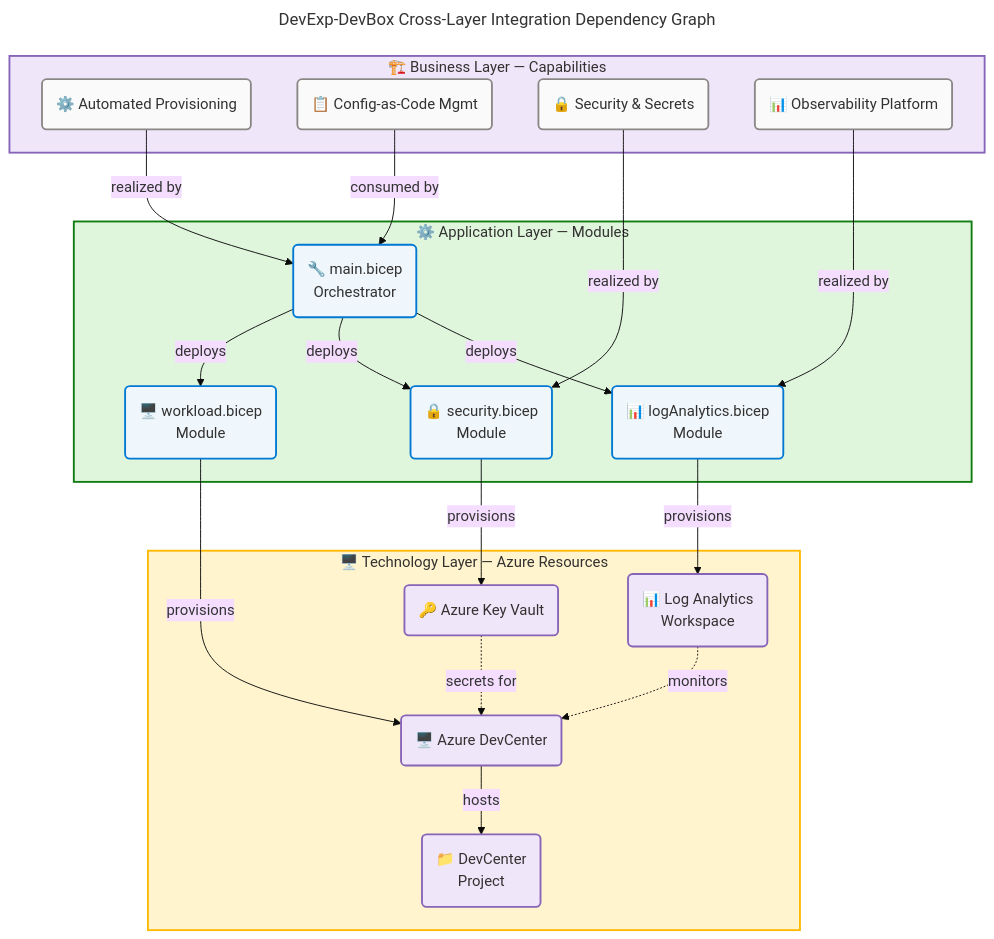
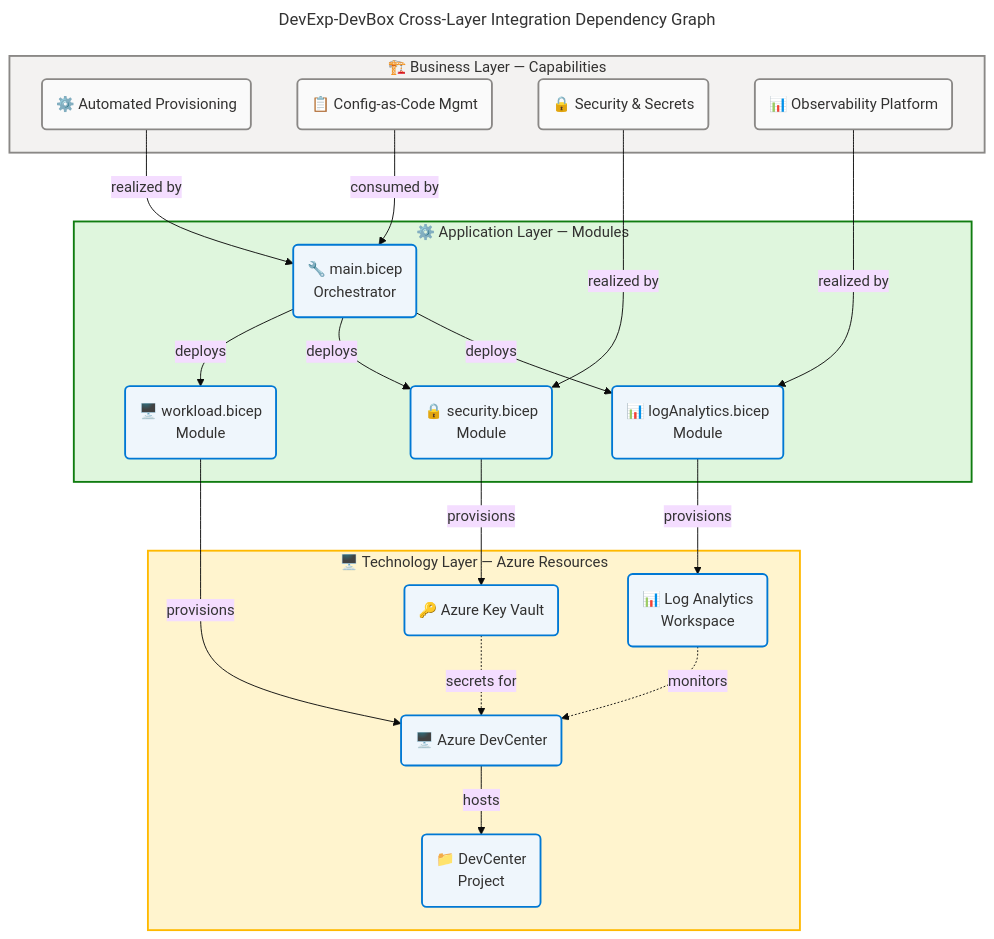
One commit to Evilazaro/DevExp-DevBox changed the seventh of 7 diagrams in docs/architecture/business-architecture.md. Above: the diagram before and after it, drawn with Mermaid. The commit also changed other lines of this file and 1 other file, not shown here.

Commit message:
refactor: Update Mermaid diagram styles for improved visual consistency in data architecture documentation

````diff
--- a/docs/architecture/business-architecture.md
+++ b/docs/architecture/business-architecture.md
@@ -1415,70 +1414,69 @@
 ```mermaid
 ---
 title: DevExp-DevBox Cross-Layer Integration Dependency Graph
 config:
   theme: base
   look: classic
   layout: dagre
   themeVariables:
     fontSize: '16px'
   flowchart:
     htmlLabels: true
 ---
 flowchart TB
     accTitle: DevExp-DevBox Cross-Layer Integration Dependency Graph
     accDescr: Shows Business capabilities mapping to Application Bicep modules and Azure Technology resources across three architectural layers with directional dependency and observability feedback relationships.
 
     %% ═══════════════════════════════════════════════════════════════════════════
     %% AZURE / FLUENT ARCHITECTURE PATTERN v1.1
     %% (Semantic + Structural + Font + Accessibility Governance)
     %% ═══════════════════════════════════════════════════════════════════════════
     %% PHASE 1 - FLUENT UI: All styling uses approved Fluent UI palette only
     %% PHASE 2 - GROUPS: Every subgraph has semantic color via style directive
     %% PHASE 3 - COMPONENTS: Every node has semantic classDef + icon prefix
     %% PHASE 4 - ACCESSIBILITY: accTitle/accDescr present, WCAG AA contrast
     %% PHASE 5 - STANDARD: Governance block present, classDefs centralized
     %% ═══════════════════════════════════════════════════════════════════════════
 
     subgraph bizLayer["🏗️ Business Layer — Capabilities"]
         cap1b("⚙️ Automated Provisioning"):::neutral
         cap2b("📋 Config-as-Code Mgmt"):::neutral
         cap3b("🔒 Security & Secrets"):::neutral
         cap4b("📊 Observability Platform"):::neutral
     end
 
     subgraph appLayer["⚙️ Application Layer — Modules"]
         mainBicep("🔧 main.bicep<br/>Orchestrator"):::core
         secMod("🔒 security.bicep<br/>Module"):::core
         monMod("📊 logAnalytics.bicep<br/>Module"):::core
         wrkMod("🖥️ workload.bicep<br/>Module"):::core
     end
 
     subgraph techLayer["🖥️ Technology Layer — Azure Resources"]
-        kvRes("🔑 Azure Key Vault"):::data
-        laRes("📊 Log Analytics<br/>Workspace"):::data
-        dcRes("🖥️ Azure DevCenter"):::data
-        projRes("📁 DevCenter<br/>Project"):::data
+        kvRes("🔑 Azure Key Vault"):::core
+        laRes("📊 Log Analytics<br/>Workspace"):::core
+        dcRes("🖥️ Azure DevCenter"):::core
+        projRes("📁 DevCenter<br/>Project"):::core
     end
 
     cap1b -->|"realized by"| mainBicep
     cap2b -->|"consumed by"| mainBicep
     cap3b -->|"realized by"| secMod
     cap4b -->|"realized by"| monMod
     mainBicep -->|"deploys"| monMod
     mainBicep -->|"deploys"| secMod
     mainBicep -->|"deploys"| wrkMod
     secMod -->|"provisions"| kvRes
     monMod -->|"provisions"| laRes
     wrkMod -->|"provisions"| dcRes
     dcRes -->|"hosts"| projRes
     laRes -.->|"monitors"| dcRes
     kvRes -.->|"secrets for"| dcRes
 
-    style bizLayer fill:#F0E6FA,stroke:#8764B8,stroke-width:2px,color:#323130
+    style bizLayer fill:#F3F2F1,stroke:#8A8886,stroke-width:2px,color:#323130
     style appLayer fill:#DFF6DD,stroke:#107C10,stroke-width:2px,color:#323130
     style techLayer fill:#FFF4CE,stroke:#FFB900,stroke-width:2px,color:#323130
 
     classDef neutral fill:#FAFAFA,stroke:#8A8886,stroke-width:2px,color:#323130
     classDef core fill:#EFF6FC,stroke:#0078D4,stroke-width:2px,color:#323130
-    classDef data fill:#F0E6FA,stroke:#8764B8,stroke-width:2px,color:#323130
 ```
````
